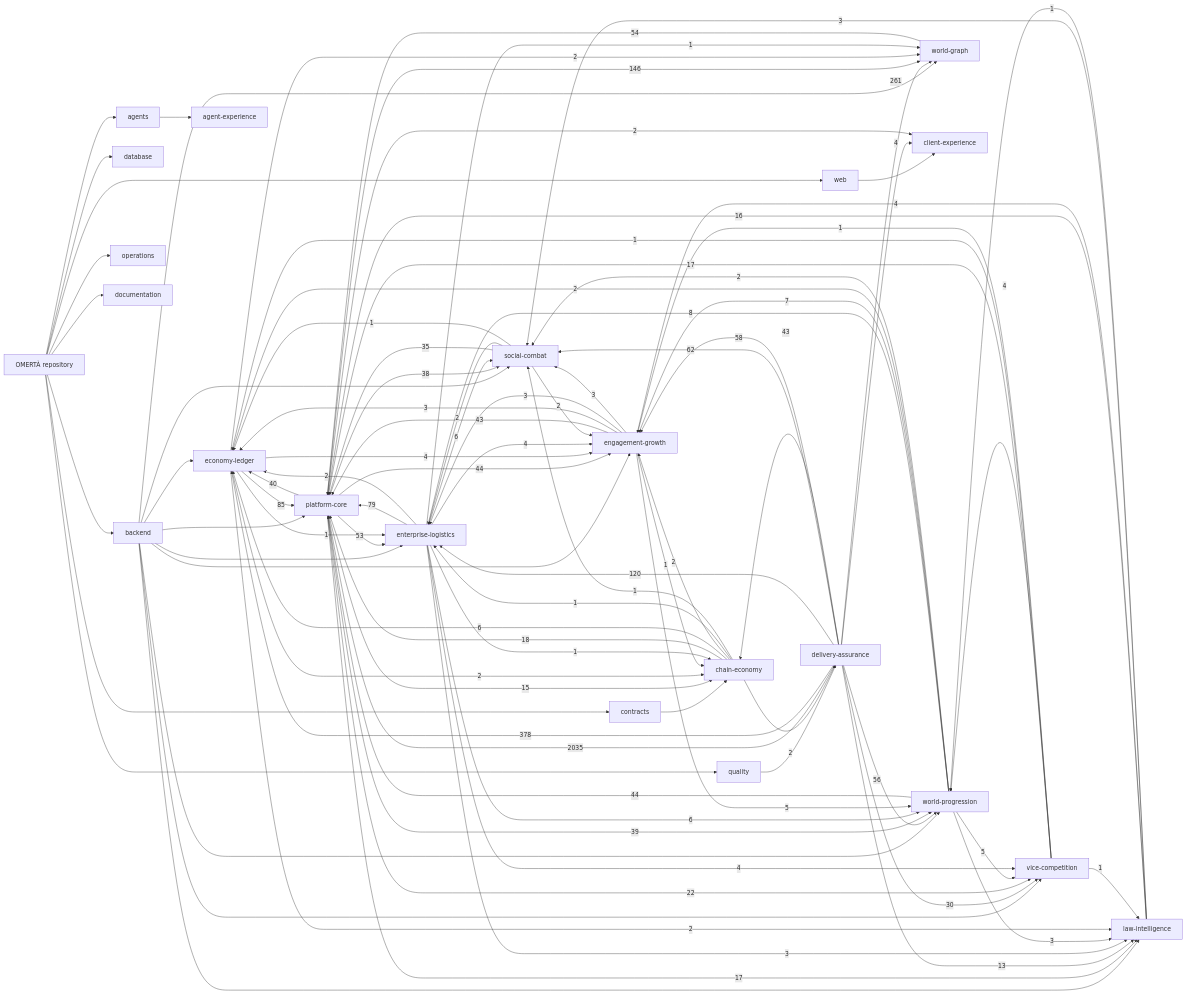
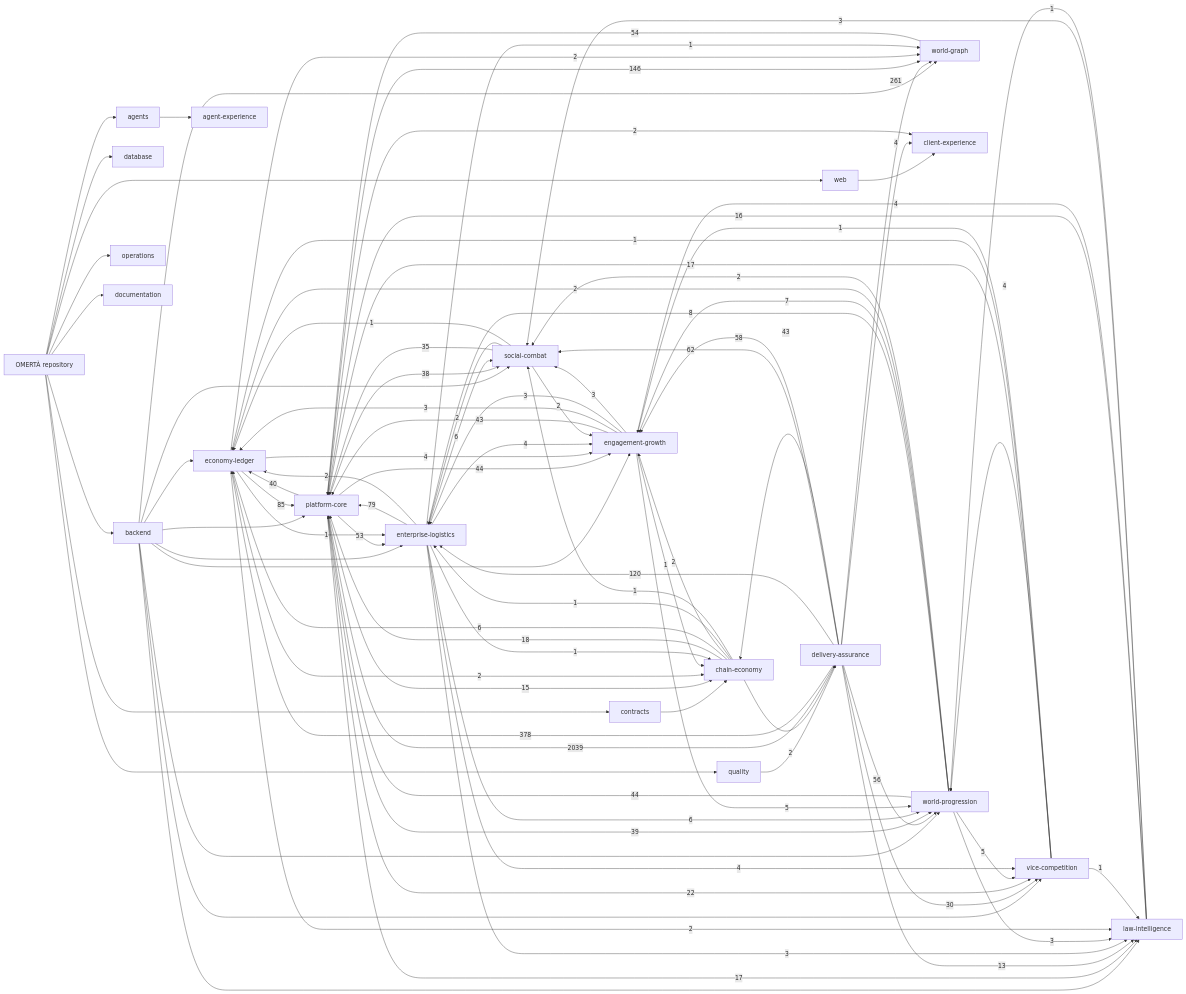
Before and after one commit to OmertaDev/Omerta: the diagram in knowledge/generated/graph.mmd, drawn with Mermaid. The commit also changed 7 other files, not shown here.

```diff
--- a/knowledge/generated/graph.mmd
+++ b/knowledge/generated/graph.mmd
@@ -1,113 +1,113 @@
 flowchart LR
   repo["OMERTÀ repository"]
   sub_backend["backend"]
   repo --> sub_backend
   sub_database["database"]
   repo --> sub_database
   sub_web["web"]
   repo --> sub_web
   sub_contracts["contracts"]
   repo --> sub_contracts
   sub_agents["agents"]
   repo --> sub_agents
   sub_quality["quality"]
   repo --> sub_quality
   sub_operations["operations"]
   repo --> sub_operations
   sub_documentation["documentation"]
   repo --> sub_documentation
   dom_platform-core["platform-core"]
   dom_economy-ledger["economy-ledger"]
   dom_social-combat["social-combat"]
   dom_world-progression["world-progression"]
   dom_world-graph["world-graph"]
   dom_enterprise-logistics["enterprise-logistics"]
   dom_vice-competition["vice-competition"]
   dom_law-intelligence["law-intelligence"]
   dom_chain-economy["chain-economy"]
   dom_engagement-growth["engagement-growth"]
   dom_client-experience["client-experience"]
   dom_agent-experience["agent-experience"]
   dom_delivery-assurance["delivery-assurance"]
   sub_agents --> dom_agent-experience
   sub_backend --> dom_economy-ledger
   sub_backend --> dom_engagement-growth
   sub_backend --> dom_enterprise-logistics
   sub_backend --> dom_law-intelligence
   sub_backend --> dom_platform-core
   sub_backend --> dom_social-combat
   sub_backend --> dom_vice-competition
   sub_backend --> dom_world-graph
   sub_backend --> dom_world-progression
   sub_contracts --> dom_chain-economy
   sub_quality --> dom_delivery-assurance
   sub_web --> dom_client-experience
-  dom_delivery-assurance -->|2035| dom_platform-core
+  dom_delivery-assurance -->|2039| dom_platform-core
   dom_delivery-assurance -->|378| dom_economy-ledger
   dom_delivery-assurance -->|261| dom_world-graph
   dom_platform-core -->|146| dom_world-graph
   dom_delivery-assurance -->|120| dom_enterprise-logistics
   dom_economy-ledger -->|85| dom_platform-core
   dom_enterprise-logistics -->|79| dom_platform-core
   dom_delivery-assurance -->|62| dom_social-combat
   dom_delivery-assurance -->|58| dom_engagement-growth
   dom_delivery-assurance -->|56| dom_world-progression
   dom_world-graph -->|54| dom_platform-core
   dom_platform-core -->|53| dom_enterprise-logistics
   dom_platform-core -->|44| dom_engagement-growth
   dom_world-progression -->|44| dom_platform-core
   dom_delivery-assurance -->|43| dom_chain-economy
   dom_engagement-growth -->|43| dom_platform-core
   dom_platform-core -->|40| dom_economy-ledger
   dom_platform-core -->|39| dom_world-progression
   dom_platform-core -->|38| dom_social-combat
   dom_social-combat -->|35| dom_platform-core
   dom_delivery-assurance -->|30| dom_vice-competition
   dom_platform-core -->|22| dom_vice-competition
   dom_chain-economy -->|18| dom_platform-core
   dom_platform-core -->|17| dom_law-intelligence
   dom_vice-competition -->|17| dom_platform-core
   dom_law-intelligence -->|16| dom_platform-core
   dom_platform-core -->|15| dom_chain-economy
   dom_delivery-assurance -->|13| dom_law-intelligence
   dom_world-progression -->|8| dom_enterprise-logistics
   dom_world-progression -->|7| dom_engagement-growth
   dom_chain-economy -->|6| dom_economy-ledger
   dom_enterprise-logistics -->|6| dom_social-combat
   dom_enterprise-logistics -->|6| dom_world-progression
   dom_engagement-growth -->|5| dom_world-progression
   dom_world-progression -->|5| dom_vice-competition
   dom_delivery-assurance -->|4| dom_client-experience
   dom_economy-ledger -->|4| dom_engagement-growth
   dom_enterprise-logistics -->|4| dom_engagement-growth
   dom_enterprise-logistics -->|4| dom_vice-competition
   dom_law-intelligence -->|4| dom_engagement-growth
   dom_vice-competition -->|4| dom_world-progression
   dom_engagement-growth -->|3| dom_economy-ledger
   dom_engagement-growth -->|3| dom_enterprise-logistics
   dom_engagement-growth -->|3| dom_social-combat
   dom_enterprise-logistics -->|3| dom_law-intelligence
   dom_law-intelligence -->|3| dom_social-combat
   dom_world-progression -->|3| dom_law-intelligence
   dom_chain-economy -->|2| dom_delivery-assurance
   dom_chain-economy -->|2| dom_engagement-growth
   dom_economy-ledger -->|2| dom_chain-economy
   dom_economy-ledger -->|2| dom_law-intelligence
   dom_economy-ledger -->|2| dom_world-graph
   dom_enterprise-logistics -->|2| dom_economy-ledger
   dom_platform-core -->|2| dom_client-experience
   dom_social-combat -->|2| dom_engagement-growth
   dom_social-combat -->|2| dom_enterprise-logistics
   dom_world-progression -->|2| dom_economy-ledger
   dom_world-progression -->|2| dom_social-combat
   dom_chain-economy -->|1| dom_enterprise-logistics
   dom_chain-economy -->|1| dom_social-combat
   dom_economy-ledger -->|1| dom_enterprise-logistics
   dom_engagement-growth -->|1| dom_chain-economy
   dom_enterprise-logistics -->|1| dom_chain-economy
   dom_enterprise-logistics -->|1| dom_world-graph
   dom_law-intelligence -->|1| dom_world-progression
   dom_social-combat -->|1| dom_economy-ledger
   dom_vice-competition -->|1| dom_economy-ledger
   dom_vice-competition -->|1| dom_engagement-growth
   dom_vice-competition -->|1| dom_law-intelligence
```
